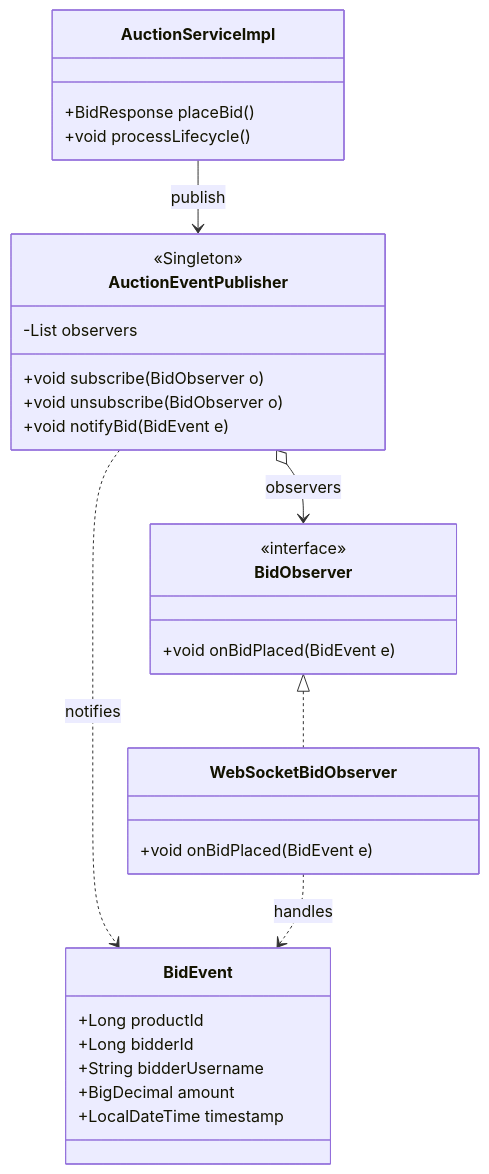
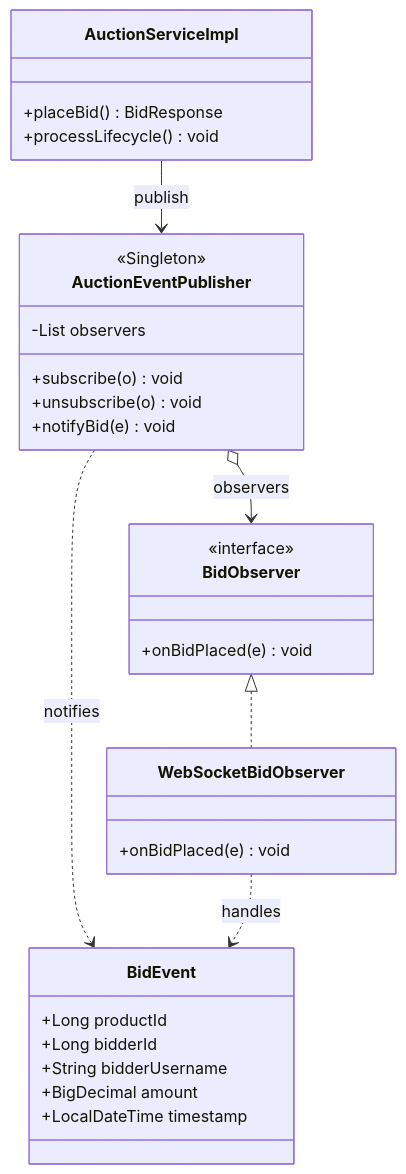
The fourth of 6 diagrams in docs/README/README.md (quagn-collab/GROUP-6-BTL), drawn with Mermaid before and after one commit. The commit also changed other lines of this file, not shown here.

````diff
--- a/docs/README/README.md
+++ b/docs/README/README.md
@@ -187,34 +187,34 @@
 ```mermaid
 classDiagram
     direction TB
     class AuctionEventPublisher {
         -List observers
-        +void subscribe(BidObserver o)
-        +void unsubscribe(BidObserver o)
-        +void notifyBid(BidEvent e)
+        +subscribe(o) void
+        +unsubscribe(o) void
+        +notifyBid(e) void
     }
     class BidObserver {
         <<interface>>
-        +void onBidPlaced(BidEvent e)
+        +onBidPlaced(e) void
     }
     class WebSocketBidObserver {
-        +void onBidPlaced(BidEvent e)
+        +onBidPlaced(e) void
     }
     class BidEvent {
         +Long productId
         +Long bidderId
         +String bidderUsername
         +BigDecimal amount
         +LocalDateTime timestamp
     }
     class AuctionServiceImpl {
-        +BidResponse placeBid()
-        +void processLifecycle()
+        +placeBid() BidResponse
+        +processLifecycle() void
     }
     BidObserver <|.. WebSocketBidObserver
     AuctionEventPublisher o--> BidObserver : observers
     AuctionEventPublisher ..> BidEvent : notifies
     WebSocketBidObserver ..> BidEvent : handles
     AuctionServiceImpl --> AuctionEventPublisher : publish
     <<Singleton>> AuctionEventPublisher
 ```
````
